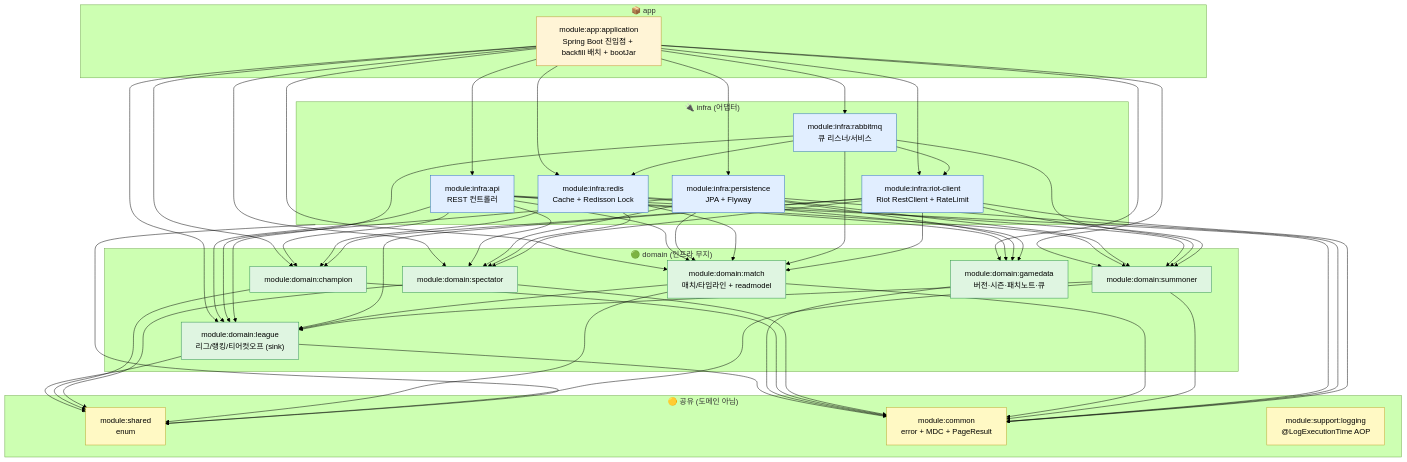
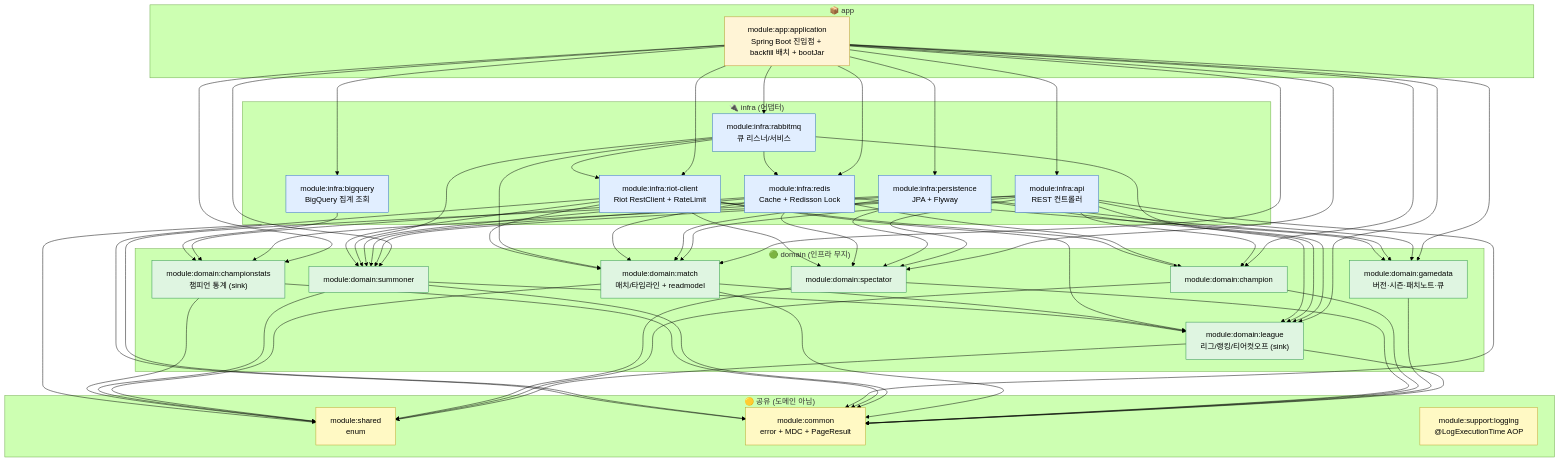
Before and after one commit to padosol/lol-repository: the diagram in docs/ARCHITECTURE.md, drawn with Mermaid (forest theme). The commit also changed 52 other files, not shown here.

First line of the commit message:
feat(championstats): 공개 챔피언 통계 API GET /api/v1/champion-stats·{championId} 추가

````diff
--- a/docs/ARCHITECTURE.md
+++ b/docs/ARCHITECTURE.md
@@ -14,57 +14,60 @@
 ```mermaid
 flowchart TB
     subgraph app["📦 app"]
       application["module:app:application<br/>Spring Boot 진입점 + backfill 배치 + bootJar"]
     end
 
     subgraph domain["🟢 domain (인프라 무지)"]
       league["module:domain:league<br/>리그/랭킹/티어컷오프 (sink)"]
       gamedata["module:domain:gamedata<br/>버전·시즌·패치노트·큐"]
       champion["module:domain:champion"]
       spectator["module:domain:spectator"]
       match["module:domain:match<br/>매치/타임라인 + readmodel"]
       summoner["module:domain:summoner"]
+      championstats["module:domain:championstats<br/>챔피언 통계 (sink)"]
     end
 
     subgraph shared["🟡 공유 (도메인 아님)"]
       sharedM["module:shared<br/>enum"]
       common["module:common<br/>error + MDC + PageResult"]
       logging["module:support:logging<br/>@LogExecutionTime AOP"]
     end
 
     subgraph infra["🔌 infra (어댑터)"]
       api["module:infra:api<br/>REST 컨트롤러"]
       pg["module:infra:persistence<br/>JPA + Flyway"]
       redis["module:infra:redis<br/>Cache + Redisson Lock"]
       rabbit["module:infra:rabbitmq<br/>큐 리스너/서비스"]
       riot["module:infra:riot-client<br/>Riot RestClient + RateLimit"]
+      bq["module:infra:bigquery<br/>BigQuery 집계 조회"]
     end
 
-    application --> api & pg & redis & rabbit & riot
-    application --> league & gamedata & champion & spectator & match & summoner
+    application --> api & pg & redis & rabbit & riot & bq
+    application --> league & gamedata & champion & spectator & match & summoner & championstats
 
-    api --> league & gamedata & champion & spectator & match & summoner
+    api --> league & gamedata & champion & spectator & match & summoner & championstats
     pg --> league & gamedata & spectator & match & summoner
-    redis --> gamedata & champion & spectator & match & summoner
+    redis --> gamedata & champion & spectator & match & summoner & championstats
     rabbit --> league & match & summoner
     riot --> league & champion & spectator & match & summoner
+    bq --> championstats
 
     match --> league
     summoner --> league
 
-    league & champion & spectator & match & summoner --> sharedM
+    league & champion & spectator & match & summoner & championstats --> sharedM
     infra --> sharedM
-    league & gamedata & champion & spectator & match & summoner --> common
+    league & gamedata & champion & spectator & match & summoner & championstats --> common
     api & pg & riot --> common
 
     rabbit --> redis & riot
 
     classDef d fill:#dff5e1,stroke:#2d8f4f,color:#000
     classDef i fill:#e1eeff,stroke:#2d6cbf,color:#000
     classDef a fill:#fff4d6,stroke:#bf922d,color:#000
     classDef s fill:#fff9c4,stroke:#bfa52d,color:#000
-    class league,gamedata,champion,spectator,match,summoner d
-    class api,pg,redis,rabbit,riot i
+    class league,gamedata,champion,spectator,match,summoner,championstats d
+    class api,pg,redis,rabbit,riot,bq i
     class application a
     class sharedM,common,logging s
 ```
````
